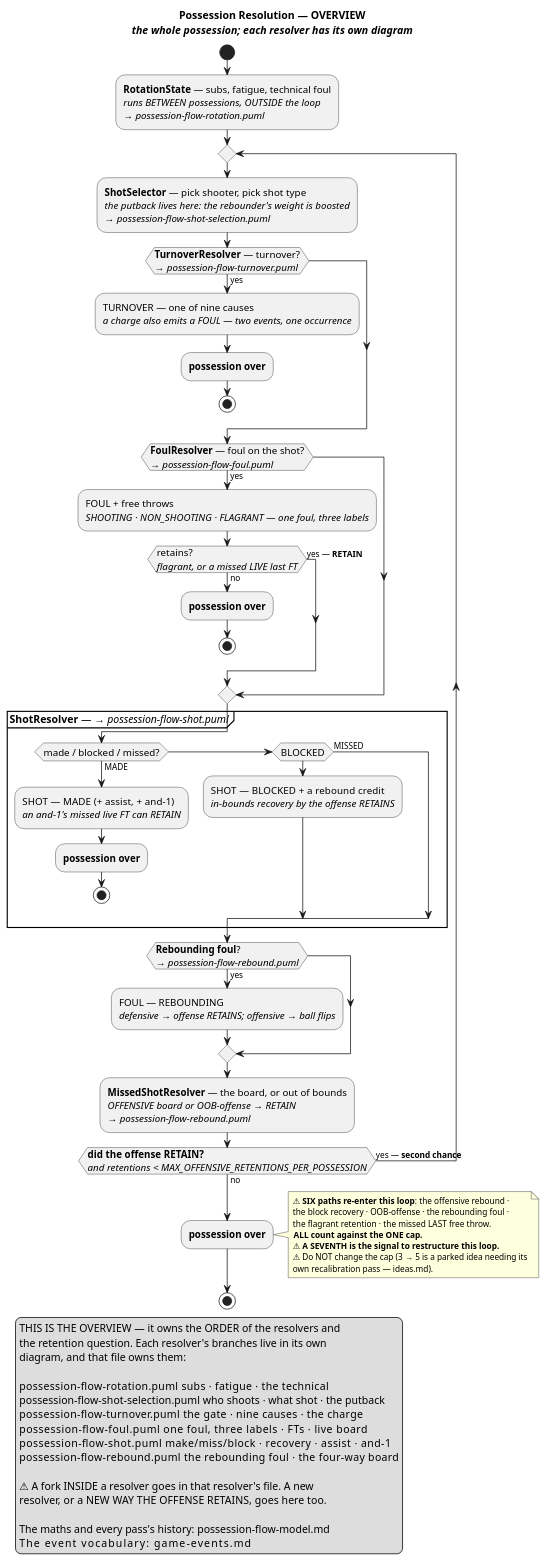
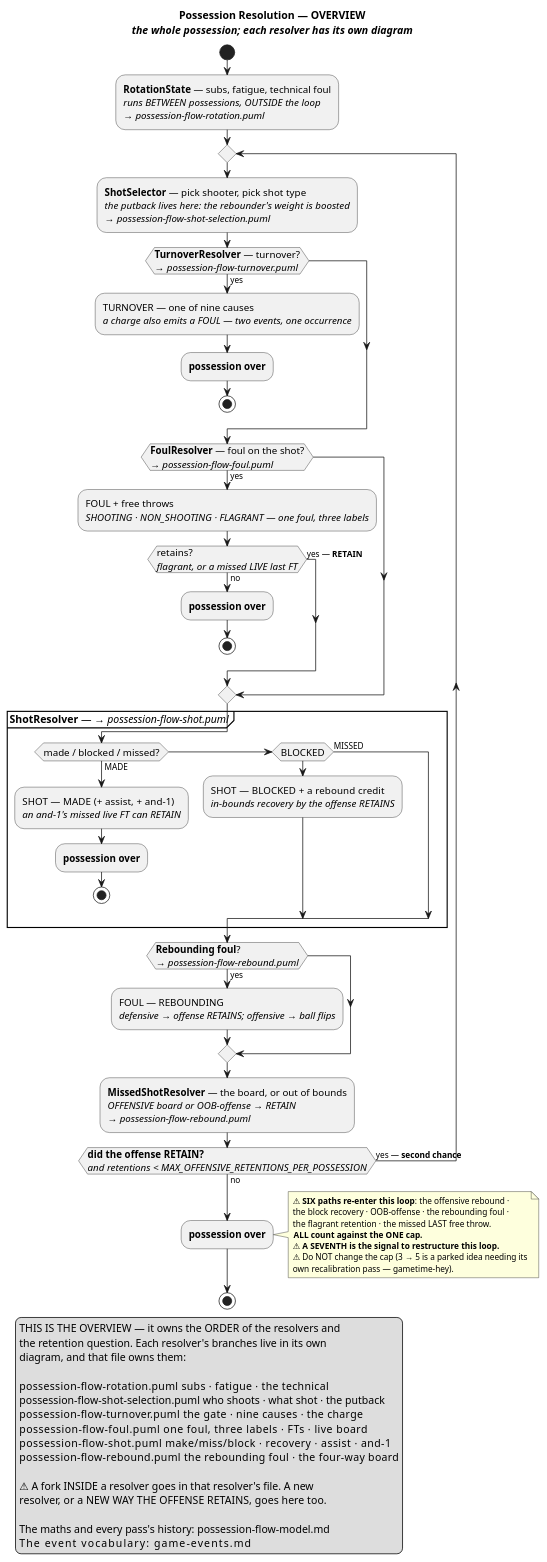
The diagram in docs/possession-flow.puml (davetii/gametime), drawn with PlantUML before and after one commit. The commit also changed 10 other files, not shown here.

```diff
--- a/docs/possession-flow.puml
+++ b/docs/possession-flow.puml
@@ -1,114 +1,114 @@
 @startuml possession-flow
 ' ⚠ THIS IS THE OVERVIEW — the whole possession on ONE SCREEN, and the only
 ' place the second-chance LOOP is visible as a loop. It is deliberately
 ' incomplete: every box here has a detail diagram that owns its branches.
 '
 ' ⚠ WHERE TO ADD A BRANCH:
 '   a new fork INSIDE a resolver  -> that resolver's own .puml (see the map below)
 '   a new RESOLVER, or a new way the offense RETAINS -> here AND there
 ' A branch drawn in both places is a drift bug: this file owns the ORDER of the
 ' resolvers and the retention question; each detail file owns what happens inside.
 '
 ' ⚠ THIS DIAGRAM TELLS THE STORY OF THE LOGIC. Notes say what the flow DOES;
 ' they do not argue why it was decided that way. The maths, the mechanics and
 ' every pass's history live in docs/possession-flow-model.md.
 '
 ' ⚠ RENDERING — render the whole set with:
 '   plantuml -DPLANTUML_LIMIT_SIZE=16384 -tpng docs/possession-flow*.puml
 ' Every diagram is now under PlantUML's 4096px default, so the flag is
 ' insurance rather than load-bearing (it was NOT, at 13,800px).
 ' ⚠ `-checkonly` does not lay out, so a green check does NOT prove the PNG is
 ' whole — and it does not catch deprecated syntax that RENDERS AS A WARNING
 ' BOX inside the image. Look at the PNG.
 ' ⚠ THE REAL CEILING IS THE SCREEN, ~2,000px — not 16,384. A diagram stops
 ' being readable long before PlantUML stops drawing it. This one especially.
 title Possession Resolution — OVERVIEW\n//the whole possession; each resolver has its own diagram//
 
 skinparam ActivityDiamondFontSize 12
 skinparam ActivityFontSize 13
 skinparam NoteFontSize 11
 
 start
 
 :**RotationState** — subs, fatigue, technical foul
 //runs BETWEEN possessions, OUTSIDE the loop//
 //→ possession-flow-rotation.puml//;
 
 repeat
 :**ShotSelector** — pick shooter, pick shot type
 //the putback lives here: the rebounder's weight is boosted//
 //→ possession-flow-shot-selection.puml//;
 
 if (**TurnoverResolver** — turnover?\n//→ possession-flow-turnover.puml//) then (yes)
   :TURNOVER — one of nine causes
   //a charge also emits a FOUL — two events, one occurrence//;
   :**possession over**;
   stop
 endif
 
 if (**FoulResolver** — foul on the shot?\n//→ possession-flow-foul.puml//) then (yes)
   :FOUL + free throws
   //SHOOTING · NON_SHOOTING · FLAGRANT — one foul, three labels//;
   if (retains?\n//flagrant, or a missed LIVE last FT//) then (no)
     :**possession over**;
     stop
   else (yes — **RETAIN**)
   endif
 endif
 
 partition "**ShotResolver** — //→ possession-flow-shot.puml//" {
   if (made / blocked / missed?) then (MADE)
     :SHOT — MADE  (+ assist, + and-1)
     //an and-1's missed live FT can RETAIN//;
     :**possession over**;
     stop
   else if (BLOCKED) then
     :SHOT — BLOCKED  + a rebound credit
     //in-bounds recovery by the offense RETAINS//;
   else (MISSED)
   endif
 }
 
 if (**Rebounding foul**?\n//→ possession-flow-rebound.puml//) then (yes)
   :FOUL — REBOUNDING
   //defensive → offense RETAINS; offensive → ball flips//;
 endif
 
 :**MissedShotResolver** — the board, or out of bounds
 //OFFENSIVE board or OOB-offense → RETAIN//
 //→ possession-flow-rebound.puml//;
 
 repeat while (**did the offense RETAIN?**\n//and retentions < MAX_OFFENSIVE_RETENTIONS_PER_POSSESSION//) is (yes — **second chance**) not (no)
 
 :**possession over**;
 note right
   ⚠ **SIX paths re-enter this loop**: the offensive rebound ·
   the block recovery · OOB-offense · the rebounding foul ·
   the flagrant retention · the missed LAST free throw.
    **ALL count against the ONE cap.**
   ⚠ **A SEVENTH is the signal to restructure this loop.**
   ⚠ Do NOT change the cap (3 → 5 is a parked idea needing its
-  own recalibration pass — ideas.md).
+  own recalibration pass — gametime-hey).
 end note
 stop
 
 legend bottom left
   THIS IS THE OVERVIEW — it owns the ORDER of the resolvers and
   the retention question. Each resolver's branches live in its own
   diagram, and that file owns them:
 
   possession-flow-rotation.puml        subs · fatigue · the technical
   possession-flow-shot-selection.puml  who shoots · what shot · the putback
   possession-flow-turnover.puml        the gate · nine causes · the charge
   possession-flow-foul.puml            one foul, three labels · FTs · live board
   possession-flow-shot.puml            make/miss/block · recovery · assist · and-1
   possession-flow-rebound.puml         the rebounding foul · the four-way board
 
   ⚠ A fork INSIDE a resolver goes in that resolver's file. A new
   resolver, or a NEW WAY THE OFFENSE RETAINS, goes here too.
 
   The maths and every pass's history: possession-flow-model.md
   The event vocabulary:               game-events.md
 endlegend
 
 @enduml
```
